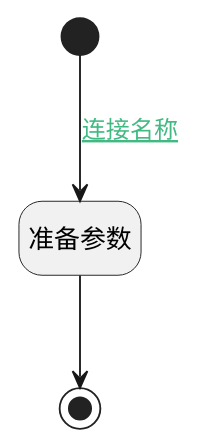
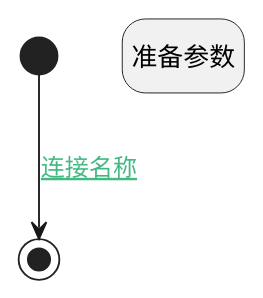
Before and after one commit to iBizLab/plm: the diagram in doc/docsify/module/Wiki/article_page/uilogic/deleted_visible.md, drawn with PlantUML. The commit also changed other lines of this file and 713 other files, not shown here.

````diff
--- a/doc/docsify/module/Wiki/article_page/uilogic/deleted_visible.md
+++ b/doc/docsify/module/Wiki/article_page/uilogic/deleted_visible.md
@@ -7,21 +7,20 @@
 ```plantuml
 @startuml
 hide footbox
 <style>
 root {
   HyperlinkColor #42b983
 }
 </style>
 
 hide empty description
 state "开始" as Begin <<start>> [[$./deleted_visible#begin {开始}]]
 state "准备参数" as PREPAREJSPARAM1  [[$./deleted_visible#preparejsparam1 {准备参数}]]
 state "结束" as END1 <<end>> [[$./deleted_visible#end1 {结束}]]
 
 
-Begin --> PREPAREJSPARAM1 : [[$./deleted_visible#begin-preparejsparam1{连接名称} 连接名称]]
-PREPAREJSPARAM1 --> END1
+Begin --> END1 : [[$./deleted_visible#begin-end1{连接名称} 连接名称]]
 
 
 @enduml
 ```
````
